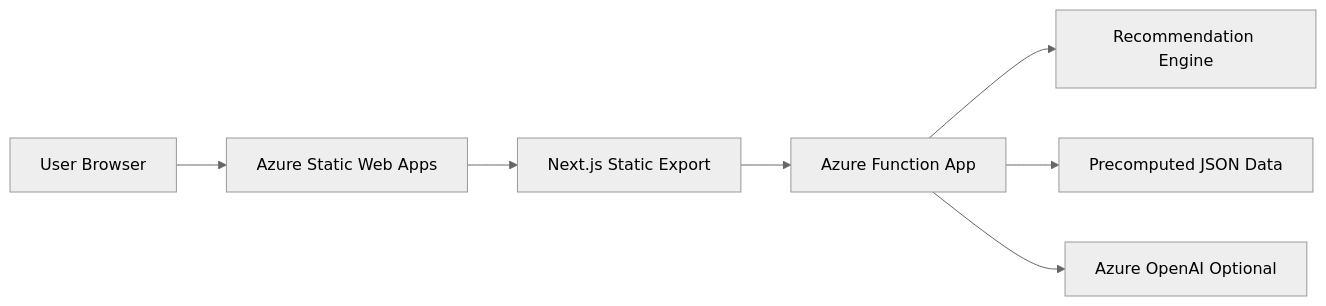
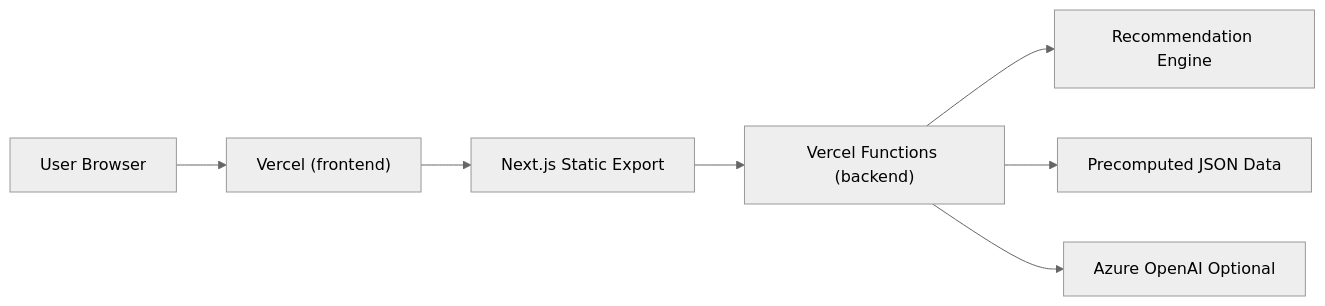
One commit to Leejs-js/golmok-shield changed the diagram in README.md. Above: the diagram before and after it, drawn with Mermaid (neutral theme). The commit also changed other lines of this file and 11 other files, not shown here.

````diff
--- a/README.md
+++ b/README.md
@@ -140,9 +141,9 @@
 ```mermaid
 flowchart LR
-  U["User Browser"] --> F["Azure Static Web Apps"]
+  U["User Browser"] --> F["Vercel (frontend)"]
   F --> N["Next.js Static Export"]
-  N --> B["Azure Function App"]
+  N --> B["Vercel Functions (backend)"]
   B --> R["Recommendation Engine"]
   B --> D["Precomputed JSON Data"]
   B --> A["Azure OpenAI Optional"]
 ```
````
